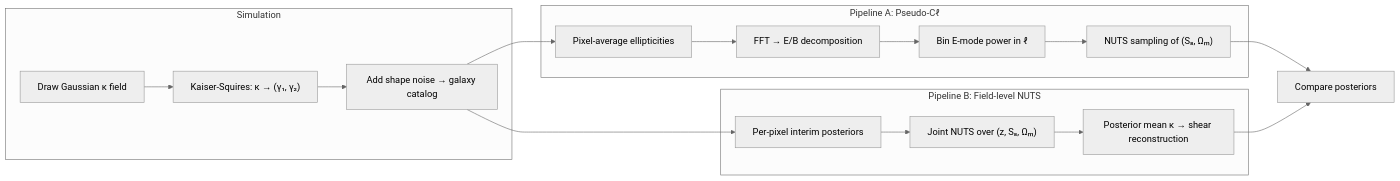
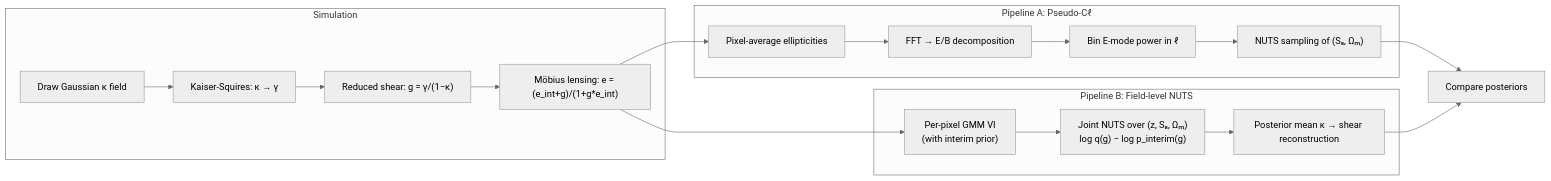
The first of 3 diagrams in README.md (EiffL/HierarchicalShearDemo), drawn with Mermaid (neutral theme) before and after one commit. The commit also changed other lines of this file, not shown here.

First line of the commit message:
Update README for Möbius lensing + GMM VI pipeline

````diff
--- a/README.md
+++ b/README.md
@@ -17,20 +17,21 @@
 ```mermaid
 flowchart LR
     subgraph Simulation
-        A[Draw Gaussian κ field] --> B["Kaiser-Squires: κ → (γ₁, γ₂)"]
-        B --> C[Add shape noise → galaxy catalog]
+        A[Draw Gaussian κ field] --> B["Kaiser-Squires: κ → γ"]
+        B --> C["Reduced shear: g = γ/(1−κ)"]
+        C --> D["Möbius lensing: e = (e_int+g)/(1+g*e_int)"]
     end
     subgraph Pipeline A: Pseudo-Cℓ
-        C --> D[Pixel-average ellipticities]
-        D --> E[FFT → E/B decomposition]
-        E --> F[Bin E-mode power in ℓ]
-        F --> G["NUTS sampling of (S₈, Ωₘ)"]
+        D --> E[Pixel-average ellipticities]
+        E --> F[FFT → E/B decomposition]
+        F --> G[Bin E-mode power in ℓ]
+        G --> H["NUTS sampling of (S₈, Ωₘ)"]
     end
     subgraph Pipeline B: Field-level NUTS
-        C --> H[Per-pixel interim posteriors]
-        H --> I["Joint NUTS over (z, S₈, Ωₘ)"]
-        I --> J[Posterior mean κ → shear reconstruction]
+        D --> I["Per-pixel GMM VI\n(with interim prior)"]
+        I --> J["Joint NUTS over (z, S₈, Ωₘ)\nlog q(g) − log p_interim(g)"]
+        J --> K[Posterior mean κ → shear reconstruction]
     end
-    G --> M[Compare posteriors]
-    J --> M
+    H --> M[Compare posteriors]
+    K --> M
 ```
````
